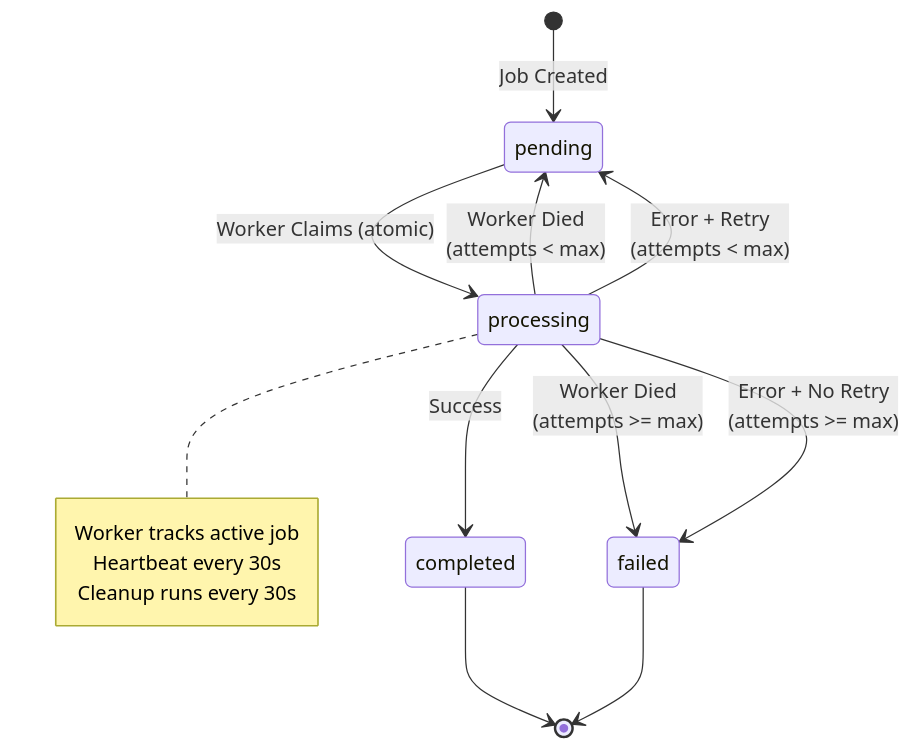
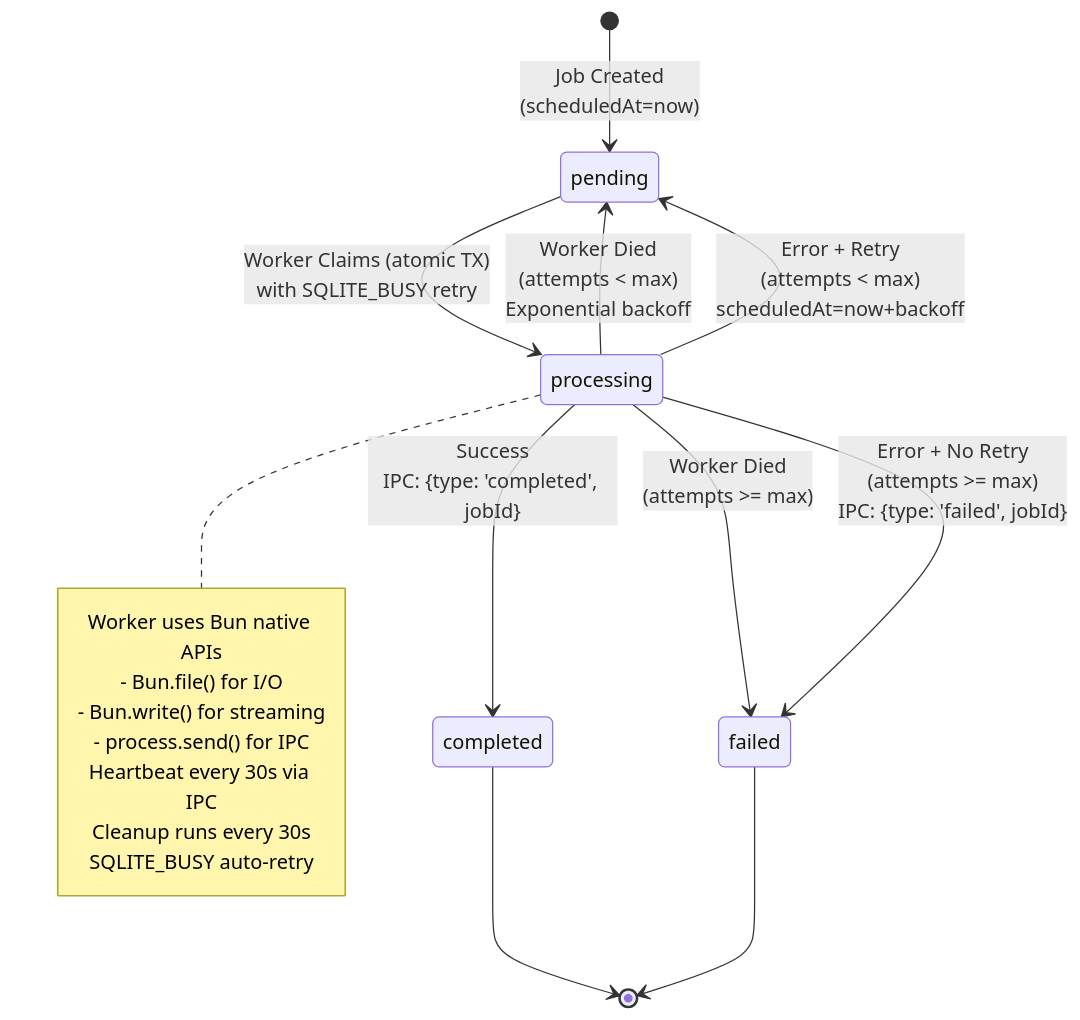
Before and after one commit to tobalo/ilios: the third of 4 diagrams in README.md, drawn with Mermaid. The commit also changed other lines of this file and 11 other files, not shown here.

Commit message:
feat: enhanced IPC worker threads + jobId

````diff
--- a/README.md
+++ b/README.md
@@ -269,20 +258,24 @@
 ```mermaid
 stateDiagram-v2
-    [*] --> pending: Job Created
-    pending --> processing: Worker Claims (atomic)
+    [*] --> pending: Job Created<br/>(scheduledAt=now)
+    pending --> processing: Worker Claims (atomic TX)<br/>with SQLITE_BUSY retry
     
-    processing --> completed: Success
-    processing --> pending: Worker Died<br/>(attempts < max)
+    processing --> completed: Success<br/>IPC: {type: 'completed', jobId}
+    processing --> pending: Worker Died<br/>(attempts < max)<br/>Exponential backoff
     processing --> failed: Worker Died<br/>(attempts >= max)
-    processing --> pending: Error + Retry<br/>(attempts < max)
-    processing --> failed: Error + No Retry<br/>(attempts >= max)
+    processing --> pending: Error + Retry<br/>(attempts < max)<br/>scheduledAt=now+backoff
+    processing --> failed: Error + No Retry<br/>(attempts >= max)<br/>IPC: {type: 'failed', jobId}
     
     completed --> [*]
     failed --> [*]
     
     note right of processing
-        Worker tracks active job
-        Heartbeat every 30s
+        Worker uses Bun native APIs
+        - Bun.file() for I/O
+        - Bun.write() for streaming
+        - process.send() for IPC
+        Heartbeat every 30s via IPC
         Cleanup runs every 30s
+        SQLITE_BUSY auto-retry
     end note
 ```
````
